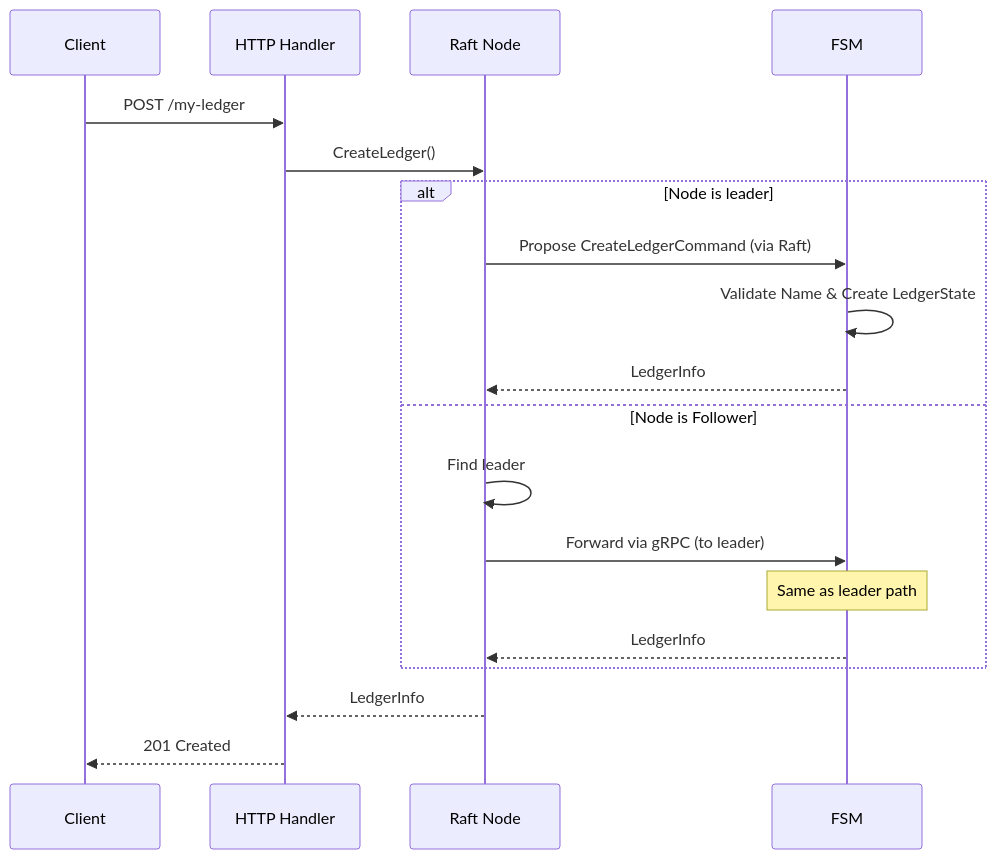
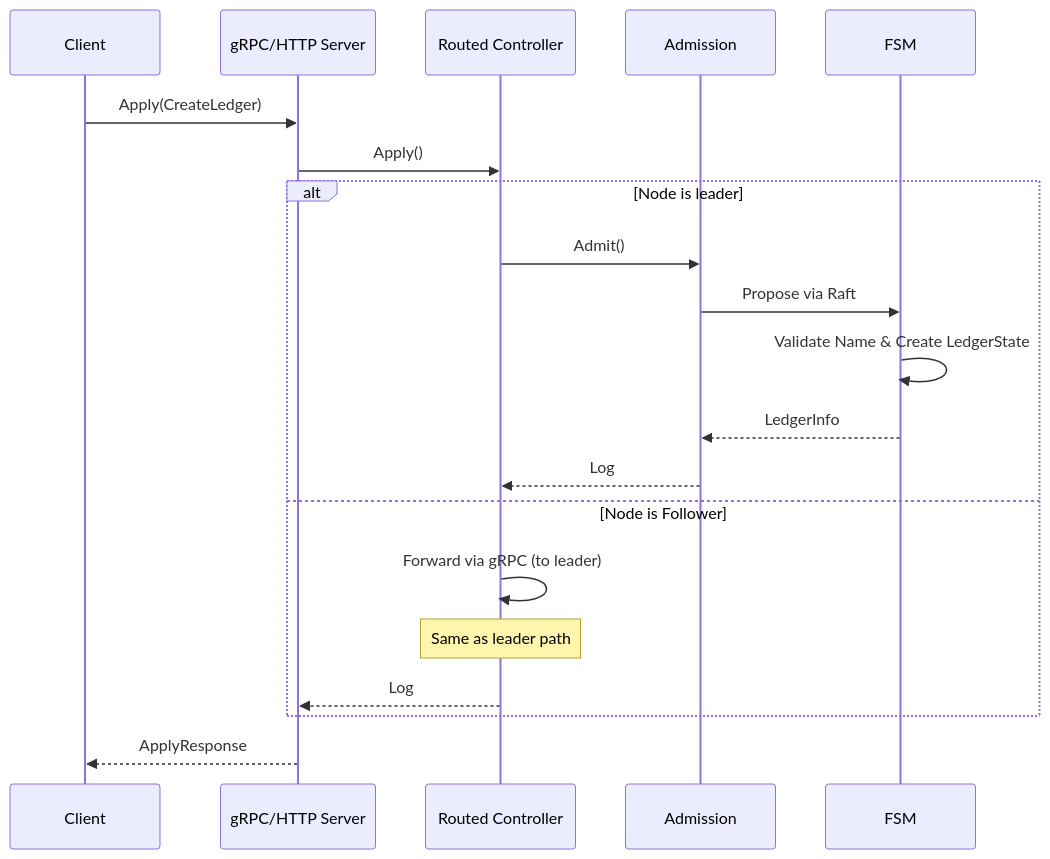
Before and after one commit to formancehq/ledger: the second of 4 diagrams in docs/architecture/buckets-ledgers.md, drawn with Mermaid. The commit also changed other lines of this file and 10 other files, not shown here.

First line of the commit message:
docs: fix outdated architecture documentation across 10 files

````diff
--- a/docs/architecture/buckets-ledgers.md
+++ b/docs/architecture/buckets-ledgers.md
@@ -106,24 +108,25 @@
 ```mermaid
 sequenceDiagram
     participant Client
-    participant HTTP as HTTP Handler
-    participant RaftNode as Raft Node
+    participant API as gRPC/HTTP Server
+    participant Ctrl as Routed Controller
+    participant Admission
     participant FSM as FSM
-    
-    Client->>HTTP: POST /my-ledger
-    HTTP->>RaftNode: CreateLedger()
-    
+
+    Client->>API: Apply(CreateLedger)
+    API->>Ctrl: Apply()
+
     alt Node is leader
-        RaftNode->>FSM: Propose CreateLedgerCommand (via Raft)
+        Ctrl->>Admission: Admit()
+        Admission->>FSM: Propose via Raft
         FSM->>FSM: Validate Name & Create LedgerState
-        FSM-->>RaftNode: LedgerInfo
+        FSM-->>Admission: LedgerInfo
+        Admission-->>Ctrl: Log
     else Node is Follower
-        RaftNode->>RaftNode: Find leader
-        RaftNode->>FSM: Forward via gRPC (to leader)
-        Note over FSM: Same as leader path
-        FSM-->>RaftNode: LedgerInfo
+        Ctrl->>Ctrl: Forward via gRPC (to leader)
+        Note over Ctrl: Same as leader path
+        Ctrl-->>API: Log
     end
-    
-    RaftNode-->>HTTP: LedgerInfo
-    HTTP-->>Client: 201 Created
+
+    API-->>Client: ApplyResponse
 ```
````
